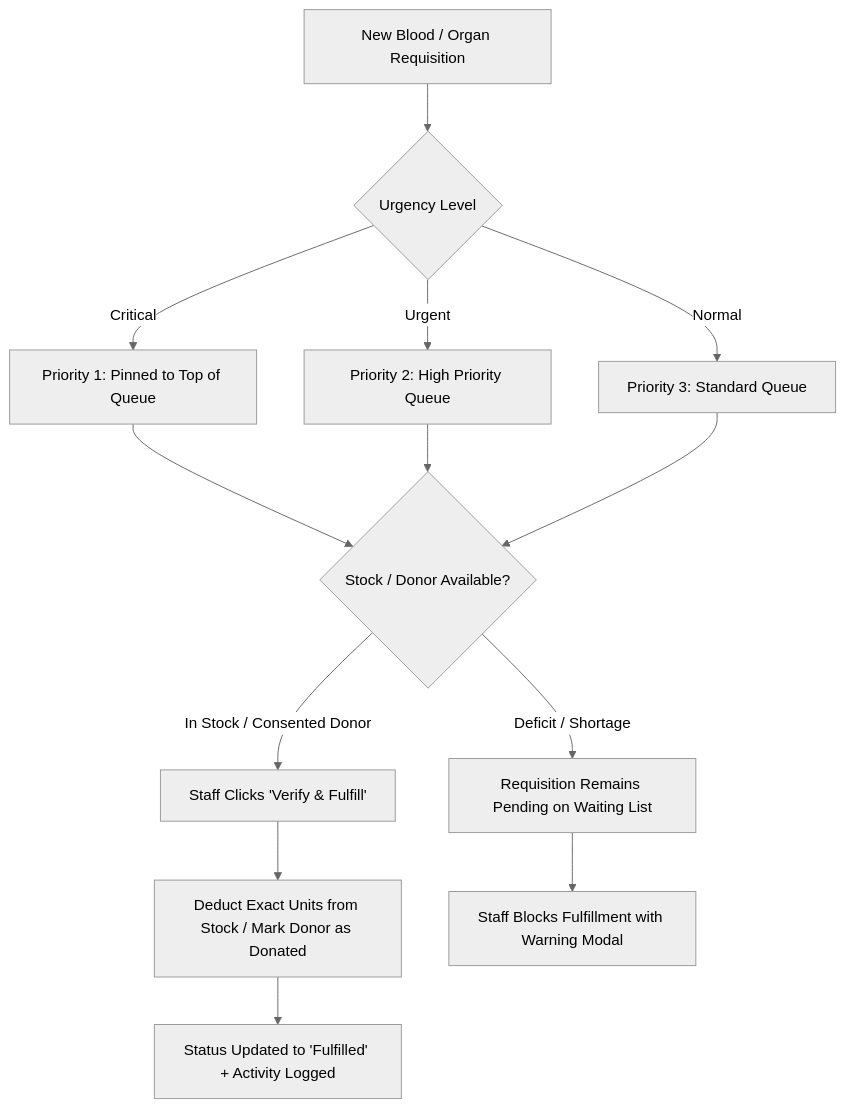
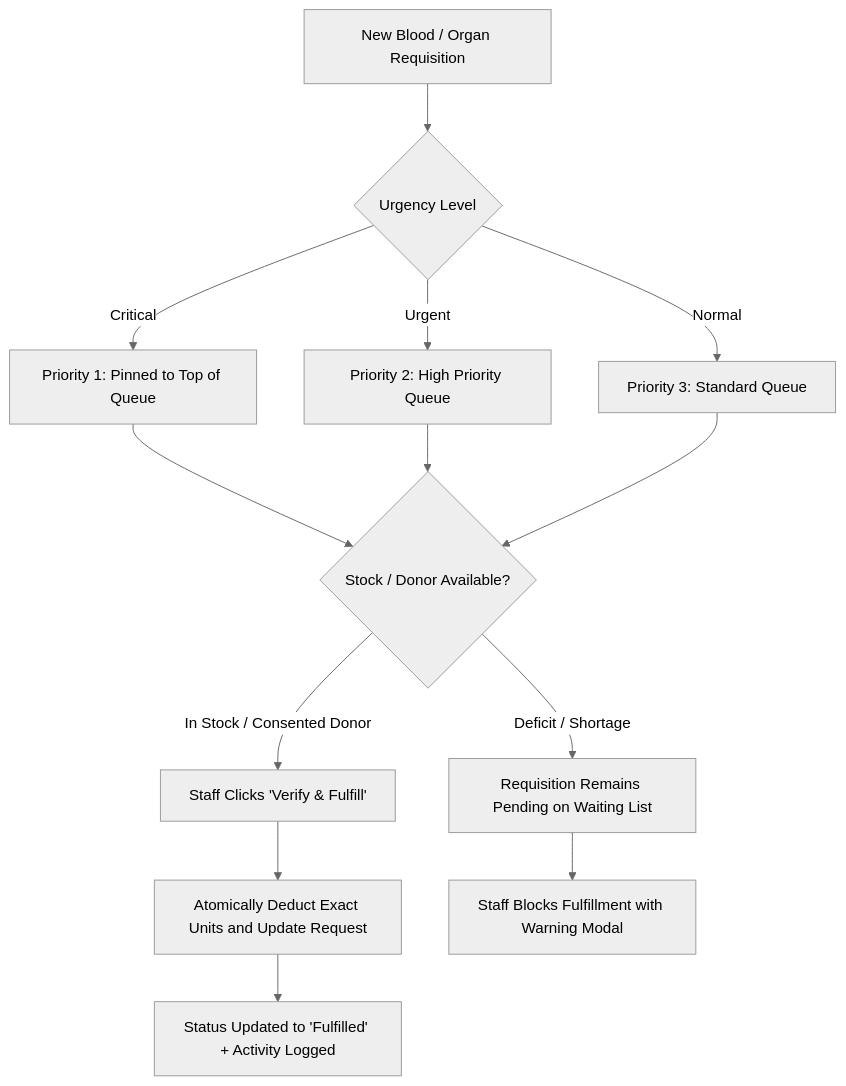
The first of 2 diagrams in README.md (Harsh-tech81/Blood-Bank-Organ-Donor-Management), drawn with Mermaid (neutral theme) before and after one commit. The commit also changed 3 other files, not shown here.

````diff
--- a/README.md
+++ b/README.md
@@ -56,19 +56,19 @@
 ```mermaid
 flowchart TD
     A[New Blood / Organ Requisition] --> B{Urgency Level}
     B -->|Critical| C1[Priority 1: Pinned to Top of Queue]
     B -->|Urgent| C2[Priority 2: High Priority Queue]
     B -->|Normal| C3[Priority 3: Standard Queue]
     
     C1 --> D{Stock / Donor Available?}
     C2 --> D
     C3 --> D
     
     D -->|In Stock / Consented Donor| E[Staff Clicks 'Verify & Fulfill']
     D -->|Deficit / Shortage| F[Requisition Remains Pending on Waiting List]
     
-    E --> G[Deduct Exact Units from Stock / Mark Donor as Donated]
+    E --> G[Atomically Deduct Exact Units and Update Request]
     G --> H[Status Updated to 'Fulfilled' + Activity Logged]
     
     F --> I[Staff Blocks Fulfillment with Warning Modal]
 ```
````
